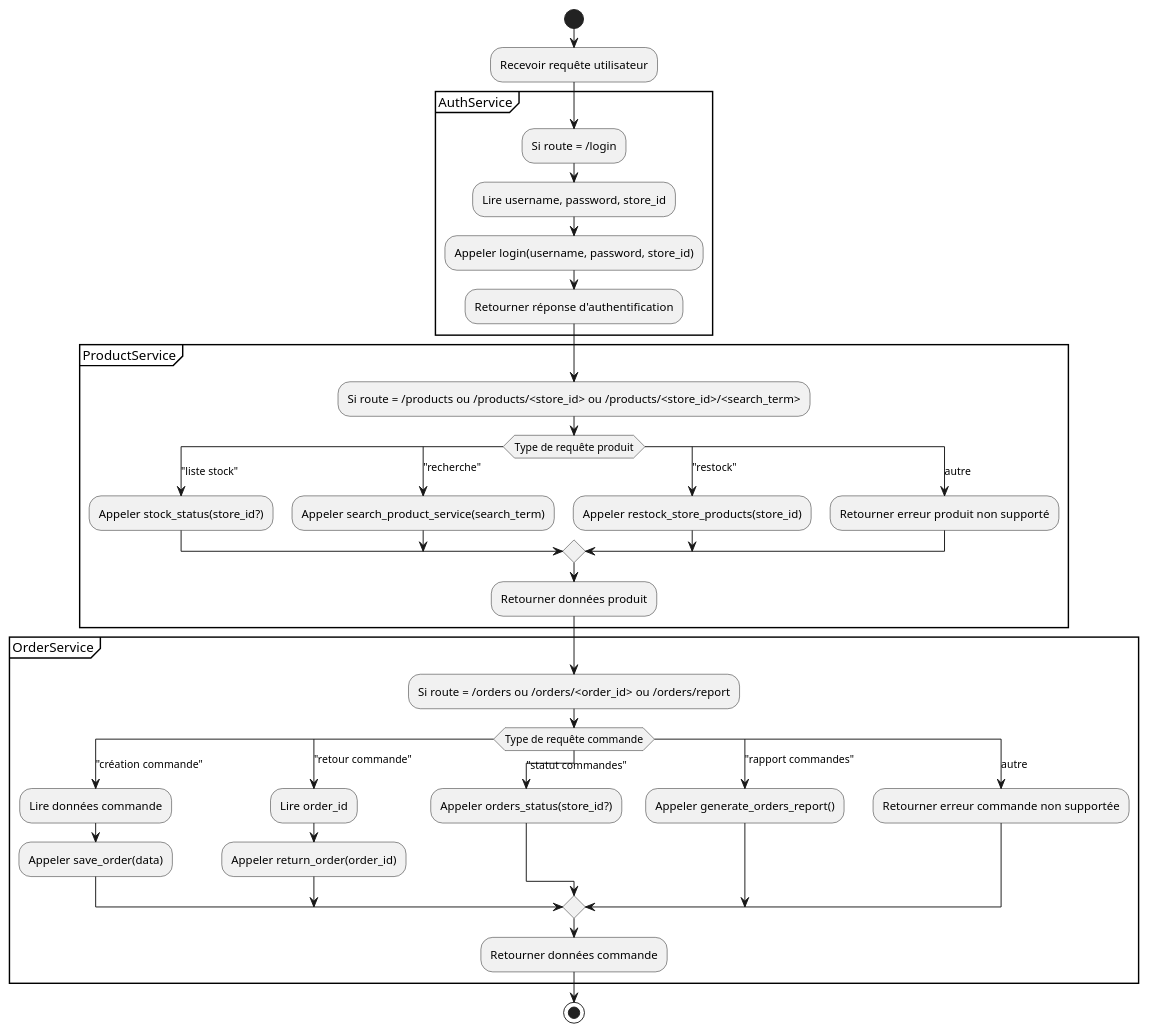
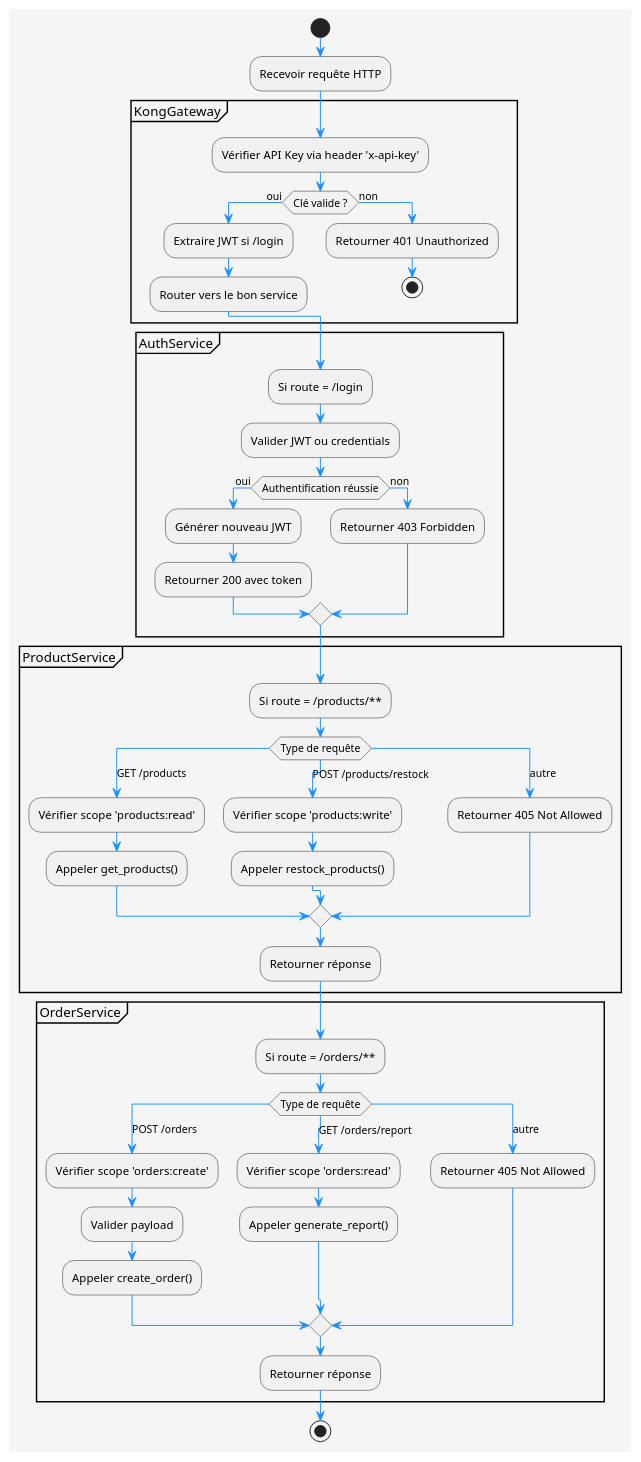
Before and after one commit to ErwanDerrien/GestionnaireMagasin: the diagram in documentation/UML/Processus/Process.puml, drawn with PlantUML. The commit also changed 17 other files, not shown here.

```diff
--- a/documentation/UML/Processus/Process.puml
+++ b/documentation/UML/Processus/Process.puml
@@ -1,49 +1,67 @@
 @startuml ProcessServicesSwitchCase
 
+skinparam {
+  BackgroundColor #F5F5F5
+  ParticipantBackgroundColor #FFFFFF
+  ArrowColor #1E90FF
+}
+
 start
-:Recevoir requête utilisateur;
+:Recevoir requête HTTP;
+
+partition KongGateway {
+  :Vérifier API Key via header 'x-api-key';
+  if (Clé valide ?) then (oui)
+    :Extraire JWT si /login;
+    :Router vers le bon service;
+  else (non)
+    :Retourner 401 Unauthorized;
+    stop
+  endif
+}
 
 partition AuthService {
   :Si route = /login;
-  :Lire username, password, store_id;
-  :Appeler login(username, password, store_id);
-  :Retourner réponse d'authentification;
+  :Valider JWT ou credentials;
+  if (Authentification réussie) then (oui)
+    :Générer nouveau JWT;
+    :Retourner 200 avec token;
+  else (non)
+    :Retourner 403 Forbidden;
+  endif
 }
 
 partition ProductService {
-  :Si route = /products ou /products/<store_id> ou /products/<store_id>/<search_term>;
-  switch (Type de requête produit)
-    case ("liste stock")
-      :Appeler stock_status(store_id?);
-    case ("recherche")
-      :Appeler search_product_service(search_term);
-    case ("restock")
-      :Appeler restock_store_products(store_id);
-    case (autre)
-      :Retourner erreur produit non supporté;
+  :Si route = /products/**;
+  switch (Type de requête)
+  case (GET /products)
+    :Vérifier scope 'products:read';
+    :Appeler get_products();
+  case (POST /products/restock)
+    :Vérifier scope 'products:write';
+    :Appeler restock_products();
+  case (autre)
+    :Retourner 405 Not Allowed;
   endswitch
-  :Retourner données produit;
+  :Retourner réponse;
 }
 
 partition OrderService {
-  :Si route = /orders ou /orders/<order_id> ou /orders/report;
-  switch (Type de requête commande)
-    case ("création commande")
-      :Lire données commande;
-      :Appeler save_order(data);
-    case ("retour commande")
-      :Lire order_id;
-      :Appeler return_order(order_id);
-    case ("statut commandes")
-      :Appeler orders_status(store_id?);
-    case ("rapport commandes")
-      :Appeler generate_orders_report();
-    case (autre)
-      :Retourner erreur commande non supportée;
+  :Si route = /orders/**;
+  switch (Type de requête)
+  case (POST /orders)
+    :Vérifier scope 'orders:create';
+    :Valider payload;
+    :Appeler create_order();
+  case (GET /orders/report)
+    :Vérifier scope 'orders:read';
+    :Appeler generate_report();
+  case (autre)
+    :Retourner 405 Not Allowed;
   endswitch
-  :Retourner données commande;
+  :Retourner réponse;
 }
 
 stop
 
 @enduml
```
